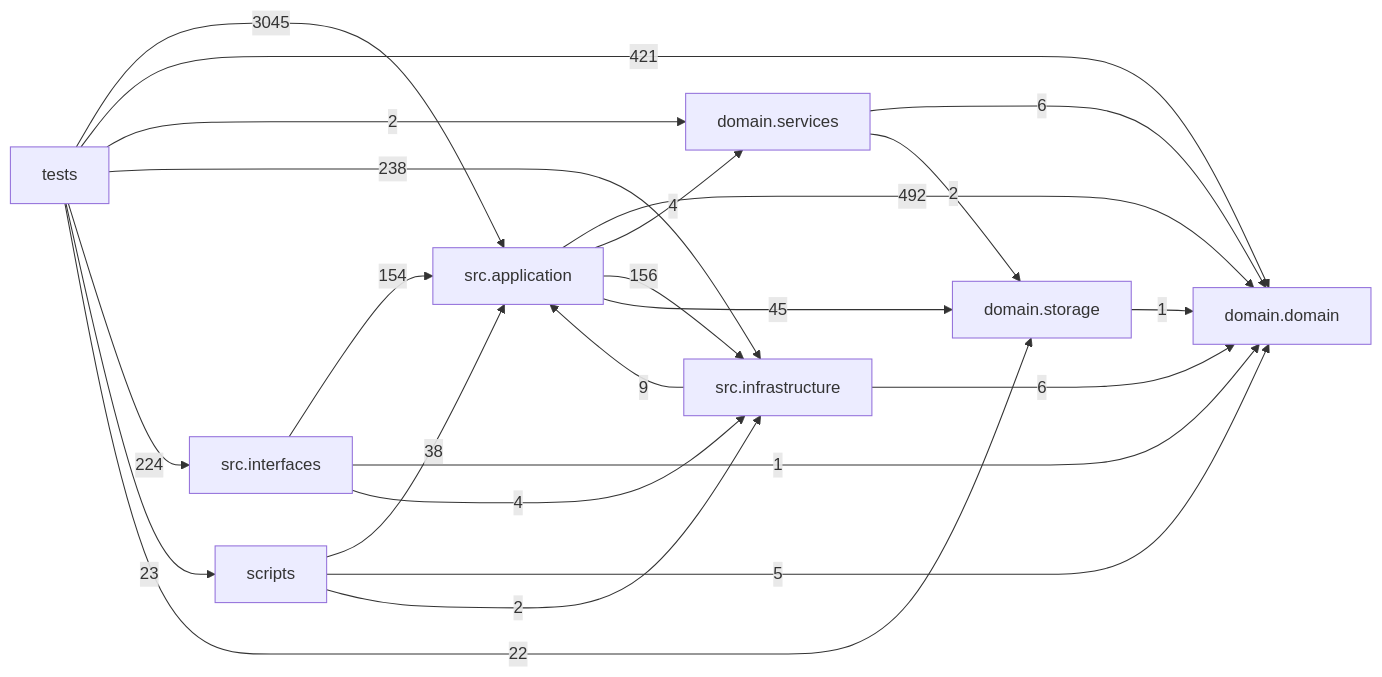
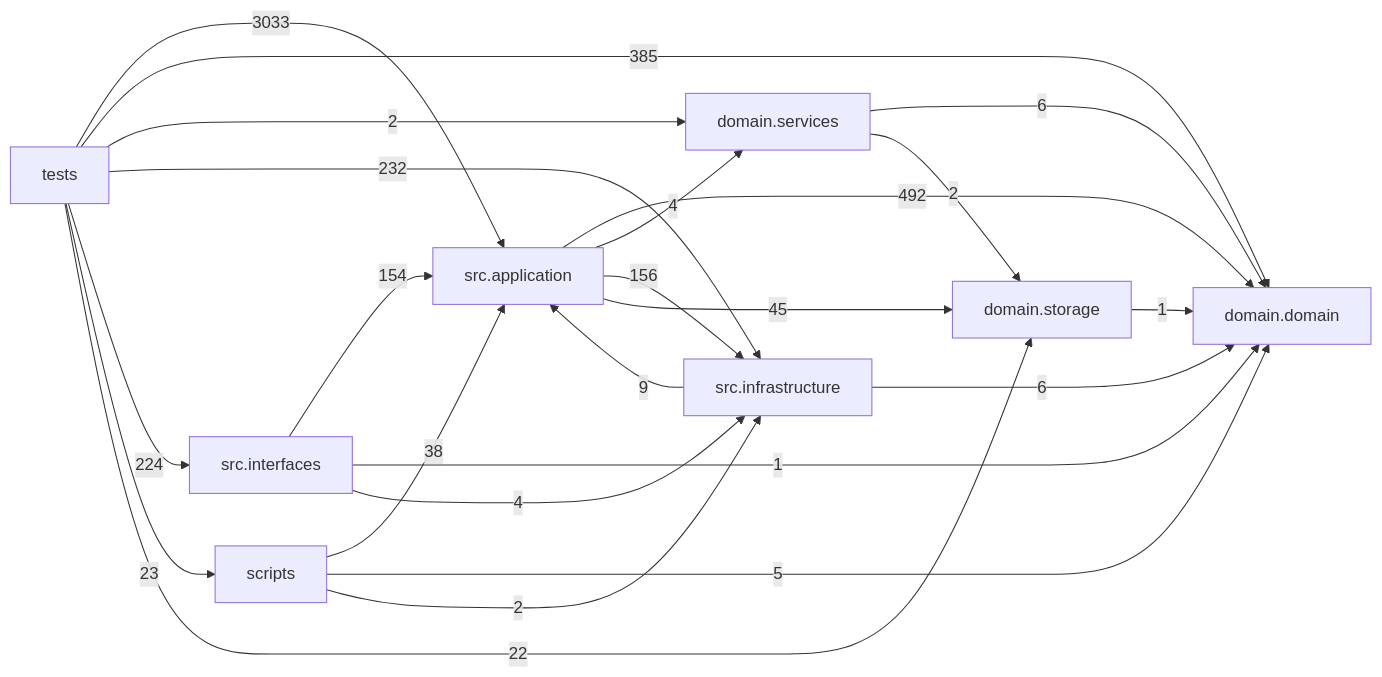
The diagram in docs/DEPENDENCY_GRAPH.md (liuxie066/options-monitor), drawn with Mermaid before and after one commit. The commit also changed other lines of this file, not shown here.

Commit message:
docs(graph): regenerate the dependency graph after the test consolidation

````diff
--- a/docs/DEPENDENCY_GRAPH.md
+++ b/docs/DEPENDENCY_GRAPH.md
@@ -24,33 +24,33 @@
 ```mermaid
 flowchart LR
   tests["tests"]
   scripts["scripts"]
   interfaces["src.interfaces"]
   application["src.application"]
   infrastructure["src.infrastructure"]
   domain_services["domain.services"]
   domain["domain.domain"]
   storage["domain.storage"]
   application -->|492| domain
   application -->|4| domain_services
   application -->|156| infrastructure
   application -->|45| storage
   domain_services -->|6| domain
   domain_services -->|2| storage
   infrastructure -->|9| application
   infrastructure -->|6| domain
   interfaces -->|154| application
   interfaces -->|1| domain
   interfaces -->|4| infrastructure
   scripts -->|38| application
   scripts -->|5| domain
   scripts -->|2| infrastructure
   storage -->|1| domain
-  tests -->|3045| application
-  tests -->|421| domain
+  tests -->|3033| application
+  tests -->|385| domain
   tests -->|2| domain_services
-  tests -->|238| infrastructure
+  tests -->|232| infrastructure
   tests -->|224| interfaces
   tests -->|23| scripts
   tests -->|22| storage
 ```
````
